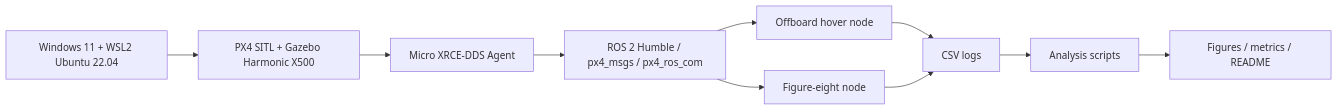
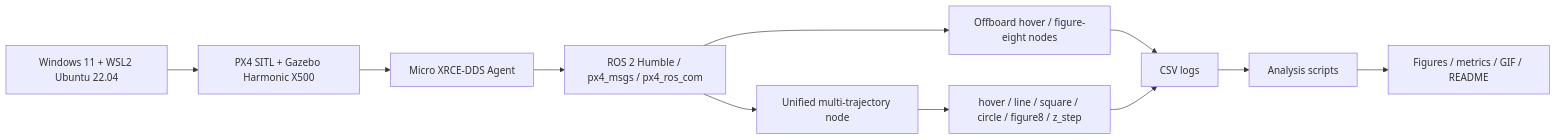
Before and after one commit to yjs2005/px4-ros2-sitl-lab: the diagram in results/project_pipeline.md, drawn with Mermaid. The commit also changed 21 other files, not shown here.

Commit message:
Add multi-trajectory offboard tracking framework

````diff
--- a/results/project_pipeline.md
+++ b/results/project_pipeline.md
@@ -3,12 +3,13 @@
 ```mermaid
 flowchart LR
   A["Windows 11 + WSL2 Ubuntu 22.04"] --> B["PX4 SITL + Gazebo Harmonic X500"]
   B --> C["Micro XRCE-DDS Agent"]
   C --> D["ROS 2 Humble / px4_msgs / px4_ros_com"]
-  D --> E["Offboard hover node"]
-  D --> F["Figure-eight node"]
-  E --> G["CSV logs"]
-  F --> G
-  G --> H["Analysis scripts"]
-  H --> I["Figures / metrics / README"]
+  D --> E["Offboard hover / figure-eight nodes"]
+  D --> F["Unified multi-trajectory node"]
+  F --> G["hover / line / square / circle / figure8 / z_step"]
+  E --> H["CSV logs"]
+  G --> H
+  H --> I["Analysis scripts"]
+  I --> J["Figures / metrics / GIF / README"]
 ```
````
